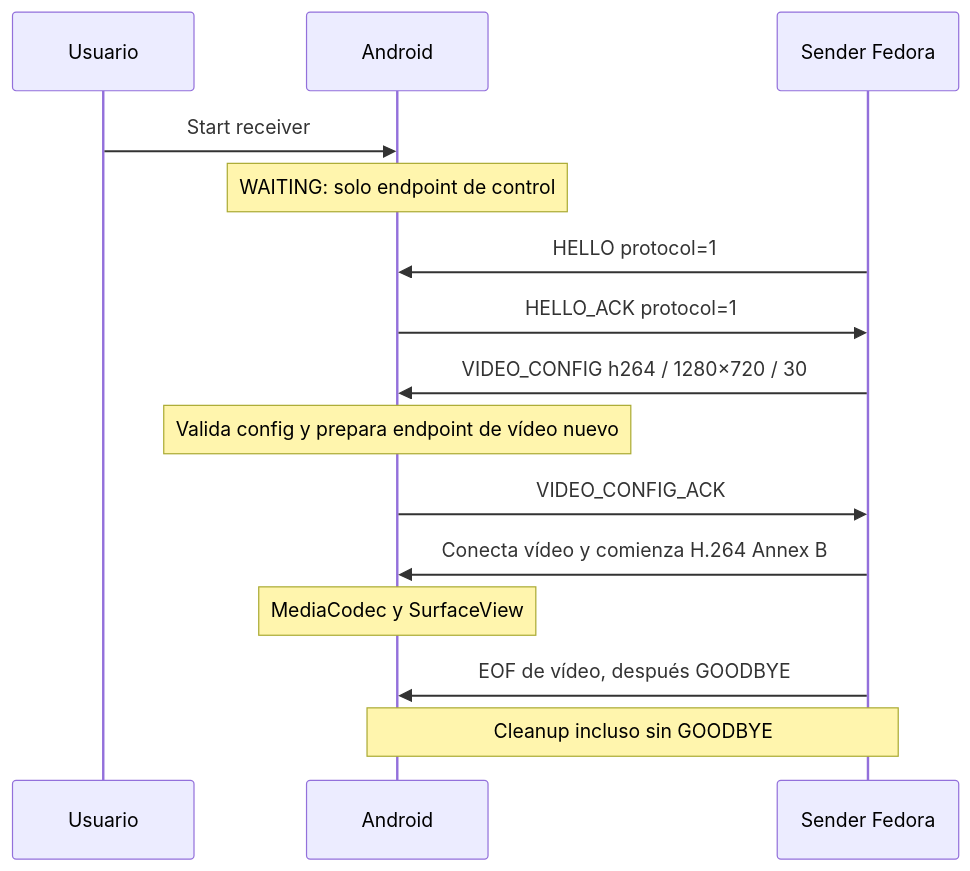
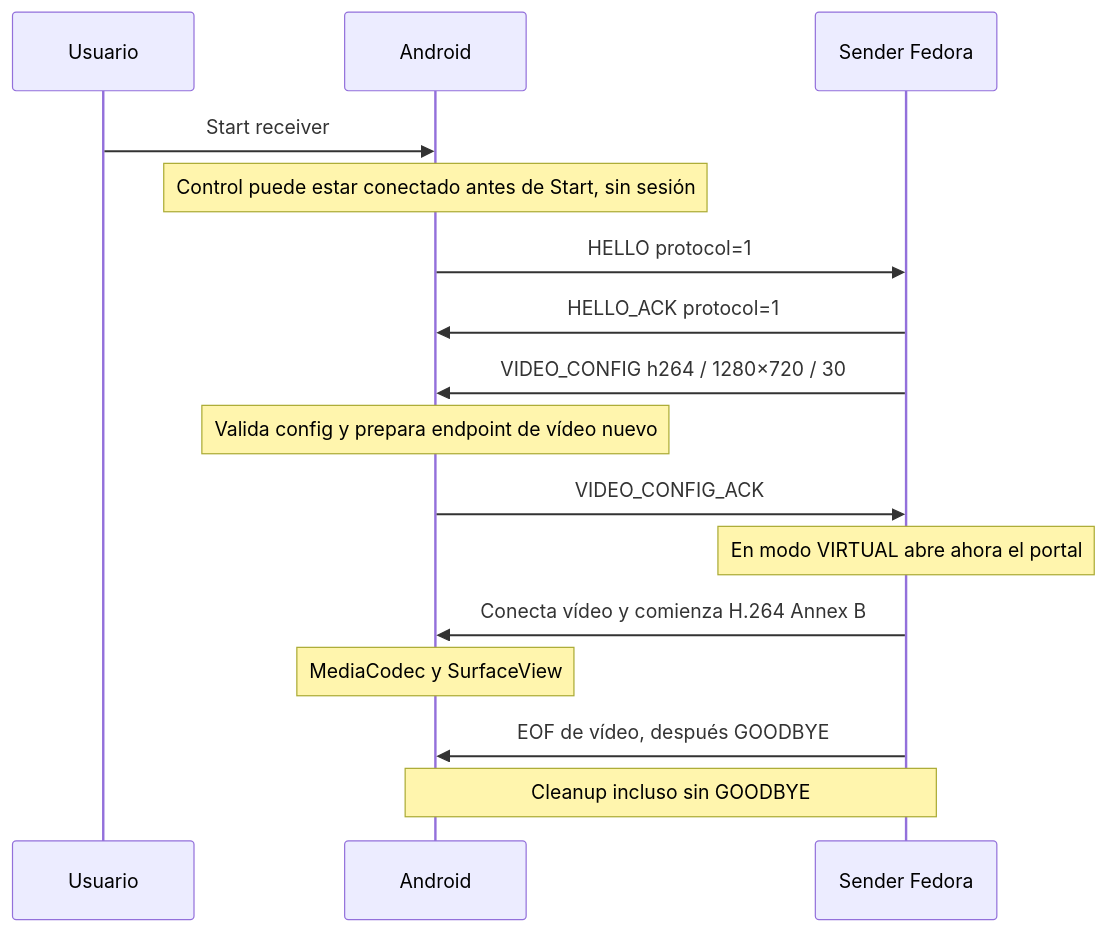
One commit to Julian-Darkstar/Darksplay changed the diagram in docs/SESSION_POC.md. Above: the diagram before and after it, drawn with Mermaid. The commit also changed other lines of this file and 20 other files, not shown here.

````diff
--- a/docs/SESSION_POC.md
+++ b/docs/SESSION_POC.md
@@ -50,17 +55,18 @@
 ```mermaid
 sequenceDiagram
     participant U as Usuario
     participant A as Android
     participant H as Sender Fedora
     U->>A: Start receiver
-    Note over A: WAITING: solo endpoint de control
-    H->>A: HELLO protocol=1
-    A->>H: HELLO_ACK protocol=1
+    Note over A: Control puede estar conectado antes de Start, sin sesión
+    A->>H: HELLO protocol=1
+    H->>A: HELLO_ACK protocol=1
     H->>A: VIDEO_CONFIG h264 / 1280×720 / 30
     Note over A: Valida config y prepara endpoint de vídeo nuevo
     A->>H: VIDEO_CONFIG_ACK
+    Note over H: En modo VIRTUAL abre ahora el portal
     H->>A: Conecta vídeo y comienza H.264 Annex B
     Note over A: MediaCodec y SurfaceView
     H->>A: EOF de vídeo, después GOODBYE
     Note over A,H: Cleanup incluso sin GOODBYE
 ```
````
